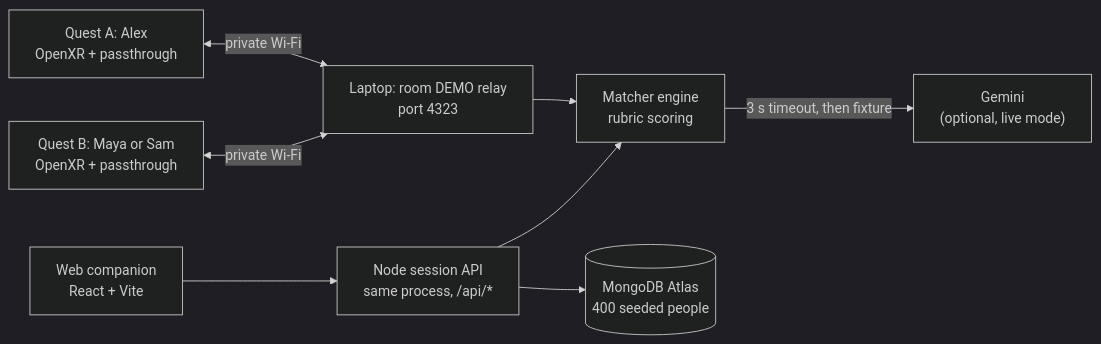
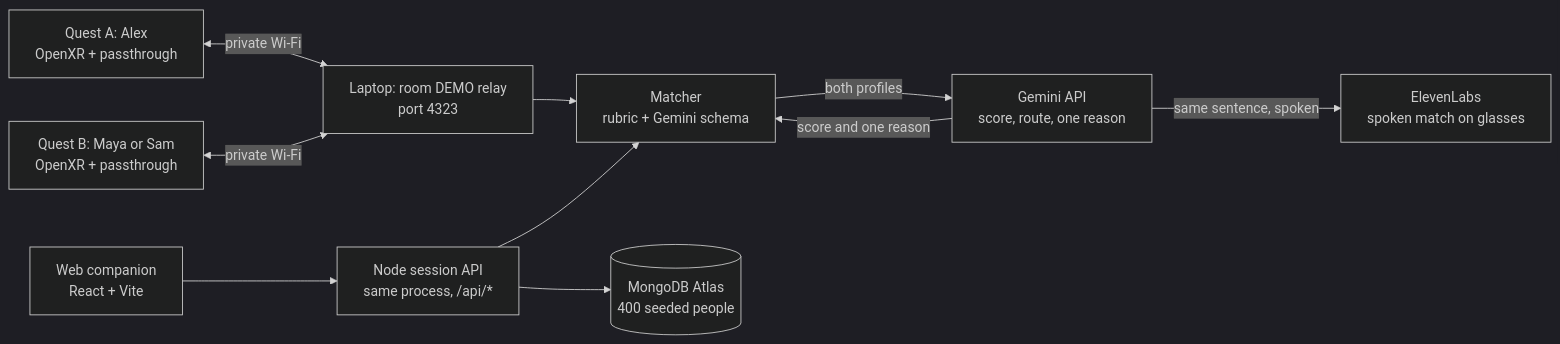
The diagram in README.md (pooravrawat1/align), drawn with Mermaid (dark theme) before and after one commit. The commit also changed other lines of this file and 1 other file, not shown here.

````diff
--- a/README.md
+++ b/README.md
@@ -60,19 +63,22 @@
 ```mermaid
 flowchart LR
   questA["Quest A: Alex\nOpenXR + passthrough"]
   questB["Quest B: Maya or Sam\nOpenXR + passthrough"]
   relay["Laptop: room DEMO relay\nport 4323"]
-  matcher["Matcher engine\nrubric scoring"]
-  gemini["Gemini\n(optional, live mode)"]
+  matcher["Matcher\nrubric + Gemini schema"]
+  gemini["Gemini API\nscore, route, one reason"]
+  voice["ElevenLabs\nspoken match on glasses"]
   web["Web companion\nReact + Vite"]
   api["Node session API\nsame process, /api/*"]
   mongo[("MongoDB Atlas\n400 seeded people")]
 
   questA <-->|"private Wi-Fi"| relay
   questB <-->|"private Wi-Fi"| relay
   relay --> matcher
-  matcher -->|"3 s timeout, then fixture"| gemini
+  matcher -->|"both profiles"| gemini
+  gemini -->|"score and one reason"| matcher
+  gemini -->|"same sentence, spoken"| voice
   web --> api
   api --> matcher
   api --> mongo
 ```
````
